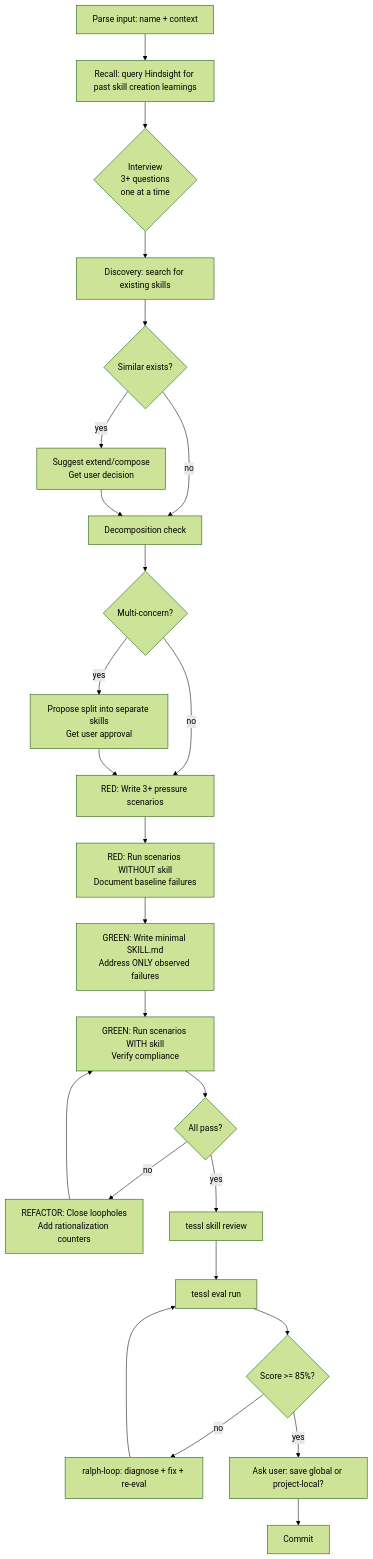
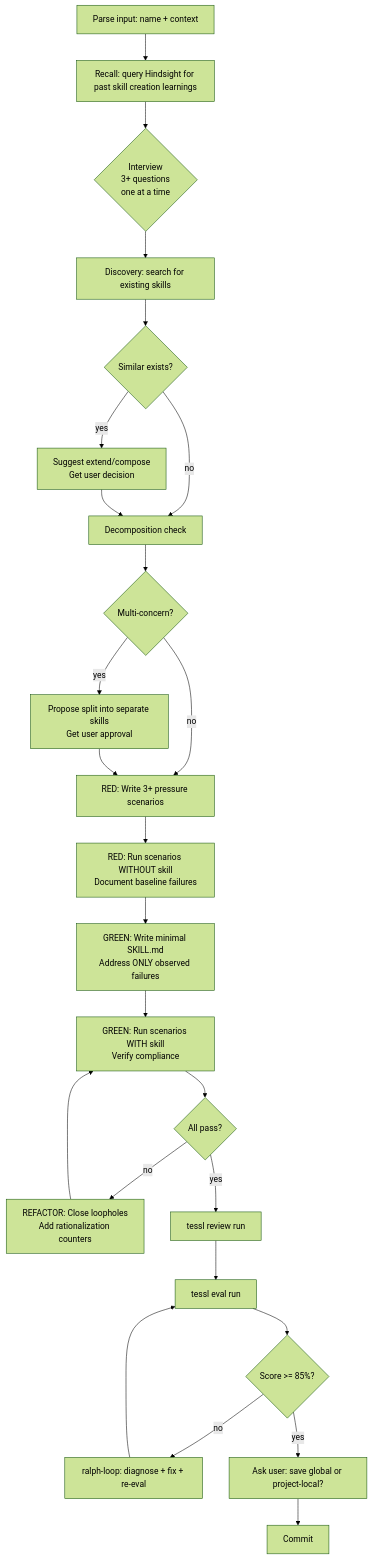
Before and after one commit to AndreJorgeLopes/proof-of-skill: the diagram in skills/create-skill/SKILL.md, drawn with Mermaid (forest theme). The commit also changed other lines of this file and 1 other file, not shown here.

Commit message:
fix(skills): rename deprecated tessl skill review -> tessl review run + add login precheck
tessl 0.87 deprecated 'tessl skill review' in favor of 'tessl review run'
(and the old 'tessl skill review --optimize' is now 'tessl review fix').
Both create-skill and optimize-skill still emitted the deprecated commands,
which fail with a deprecation notice and break the score gate.

Also: 'tessl review run' requires 'tessl login' (browser auth). create-skill
had no auth precheck and would fail opaquely at the validation step. Added an
explicit 'tessl whoami' check + 'run tessl login' remediation to both skills
(optimize-skill already validated whoami; made the login remediation explicit).

- create-skill: mermaid node + step 10 validation -> tessl review run (+ --threshold 85), login precheck
- optimize-skill: description, when-to-use, mermaid, baseline+loop commands, candidate #1 (-> tessl review fix), anti-pattern bullet, login remediation
- REFERENCE.md:12 left as-is (historical changelog of a past run)

````diff
--- a/skills/create-skill/SKILL.md
+++ b/skills/create-skill/SKILL.md
@@ -36,27 +36,27 @@
 ```mermaid
 flowchart TD
     A[Parse input: name + context] --> R[Recall: query Hindsight for past skill creation learnings]
     R --> B{Interview\n3+ questions\none at a time}
     B --> C[Discovery: search for existing skills]
     C --> D{Similar exists?}
     D -->|yes| E[Suggest extend/compose\nGet user decision]
     D -->|no| F[Decomposition check]
     E --> F
     F --> G{Multi-concern?}
     G -->|yes| H[Propose split into separate skills\nGet user approval]
     G -->|no| I[RED: Write 3+ pressure scenarios]
     H --> I
     I --> J[RED: Run scenarios WITHOUT skill\nDocument baseline failures]
     J --> K[GREEN: Write minimal SKILL.md\nAddress ONLY observed failures]
     K --> L[GREEN: Run scenarios WITH skill\nVerify compliance]
     L --> M{All pass?}
     M -->|no| N[REFACTOR: Close loopholes\nAdd rationalization counters]
     N --> L
-    M -->|yes| O[tessl skill review]
+    M -->|yes| O[tessl review run]
     O --> P[tessl eval run]
     P --> Q{Score >= 85%?}
     Q -->|no| S[ralph-loop: diagnose + fix + re-eval]
     S --> P
     Q -->|yes| T[Ask user: save global or project-local?]
     T --> U[Commit]
 ```
````
